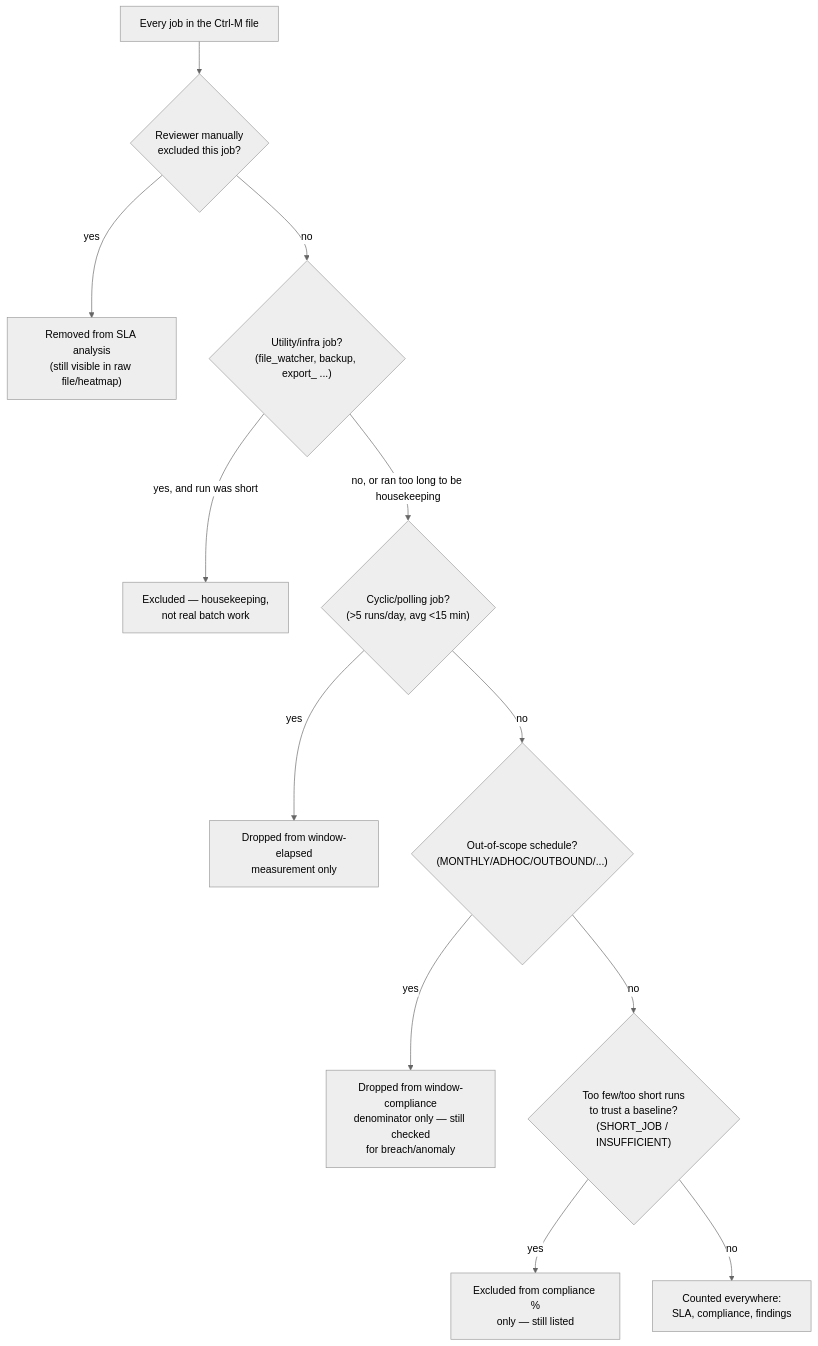
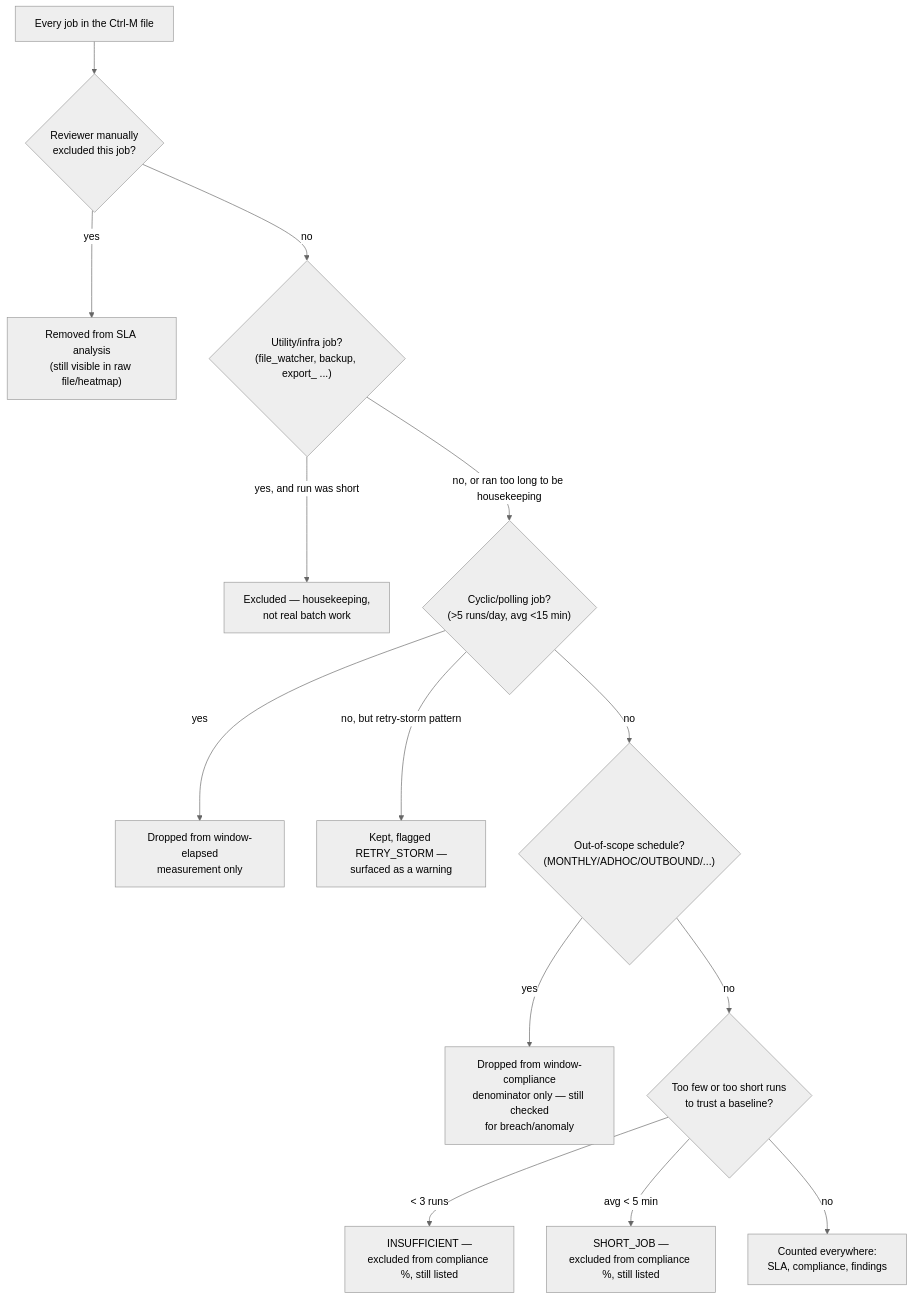
One commit to ayum321/PE_Dashboard changed the third of 9 diagrams in PE_Dashboard_Presentation.md. Above: the diagram before and after it, drawn with Mermaid (neutral theme). The commit also changed other lines of this file, not shown here.

Commit message:
Verify and fix job-exclusion diagram: retry-storm node, SHORT_JOB/INSUFFICIENT split, utility-vs-cyclic independence

````diff
--- a/PE_Dashboard_Presentation.md
+++ b/PE_Dashboard_Presentation.md
@@ -193,14 +193,16 @@
 ```mermaid
 flowchart TD
     J["Every job in the Ctrl-M file"] --> Q1{"Reviewer manually\nexcluded this job?"}
     Q1 -->|yes| OUT1["Removed from SLA analysis\n(still visible in raw file/heatmap)"]
     Q1 -->|no| Q2{"Utility/infra job?\n(file_watcher, backup, export_ ...)"}
     Q2 -->|yes, and run was short| OUT2["Excluded — housekeeping,\nnot real batch work"]
     Q2 -->|no, or ran too long to be housekeeping| Q3{"Cyclic/polling job?\n(>5 runs/day, avg <15 min)"}
     Q3 -->|yes| OUT3["Dropped from window-elapsed\nmeasurement only"]
+    Q3 -->|no, but retry-storm pattern| WARN["Kept, flagged RETRY_STORM —\nsurfaced as a warning"]
     Q3 -->|no| Q4{"Out-of-scope schedule?\n(MONTHLY/ADHOC/OUTBOUND/...)"}
     Q4 -->|yes| OUT4["Dropped from window-compliance\ndenominator only — still checked\nfor breach/anomaly"]
-    Q4 -->|no| Q5{"Too few/too short runs\nto trust a baseline?\n(SHORT_JOB / INSUFFICIENT)"}
-    Q5 -->|yes| OUT5["Excluded from compliance %\nonly — still listed"]
+    Q4 -->|no| Q5{"Too few or too short runs\nto trust a baseline?"}
+    Q5 -->|"< 3 runs"| OUT5A["INSUFFICIENT —\nexcluded from compliance %, still listed"]
+    Q5 -->|"avg < 5 min"| OUT5B["SHORT_JOB —\nexcluded from compliance %, still listed"]
     Q5 -->|no| KEEP["Counted everywhere:\nSLA, compliance, findings"]
 ```
````
